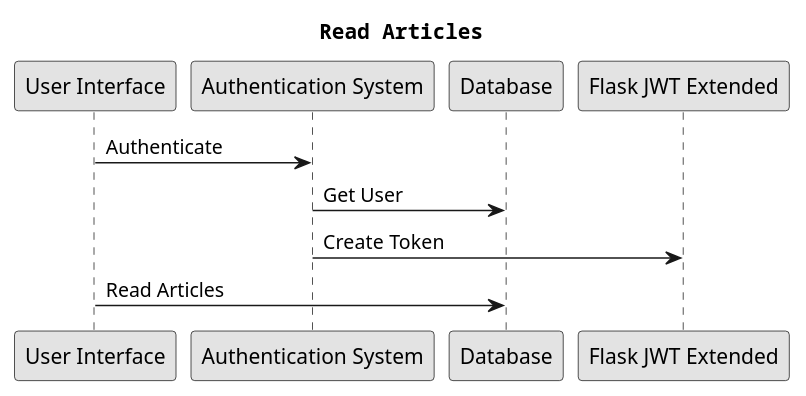
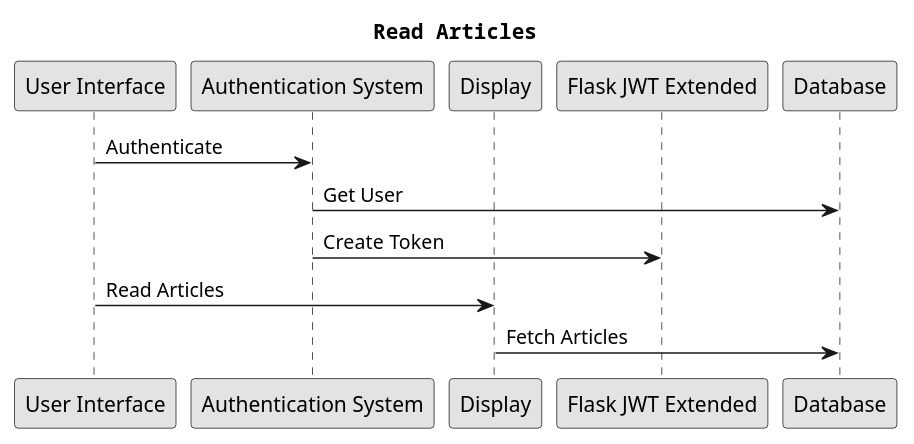
One commit to USI-MSDE-SA-2023/sa--christelle00 changed diagram 15 of 17 in src/sa/model/index.md. Above: the diagram before and after it, drawn with PlantUML. The commit also changed other lines of this file, not shown here.

````diff
--- a/src/sa/model/index.md
+++ b/src/sa/model/index.md
@@ -658,19 +658,21 @@
 ```puml
 @startuml
 title Read Articles
 
 participant "User Interface" as UI
 participant "Authentication System" as AS
+participant "Display" as D
+participant "Flask JWT Extended" as FJE
 participant "Database" as DB
-participant "Flask JWT Extended" as FJE
 
 UI -> AS: Authenticate
 AS -> DB: Get User
 AS -> FJE: Create Token
-UI -> DB: Read Articles
+UI -> D: Read Articles
+D -> DB: Fetch Articles
 
 skinparam monochrome true
 skinparam shadowing false
 skinparam defaultFontName Courier
 @enduml
 ```
````
